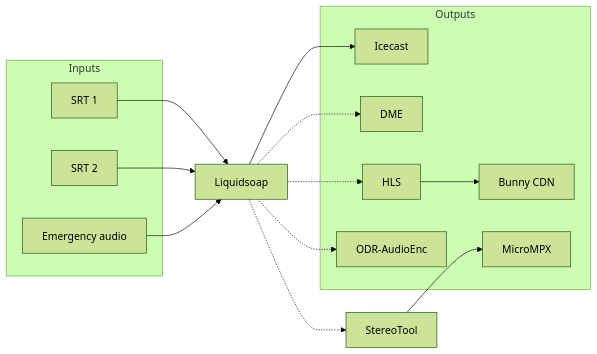
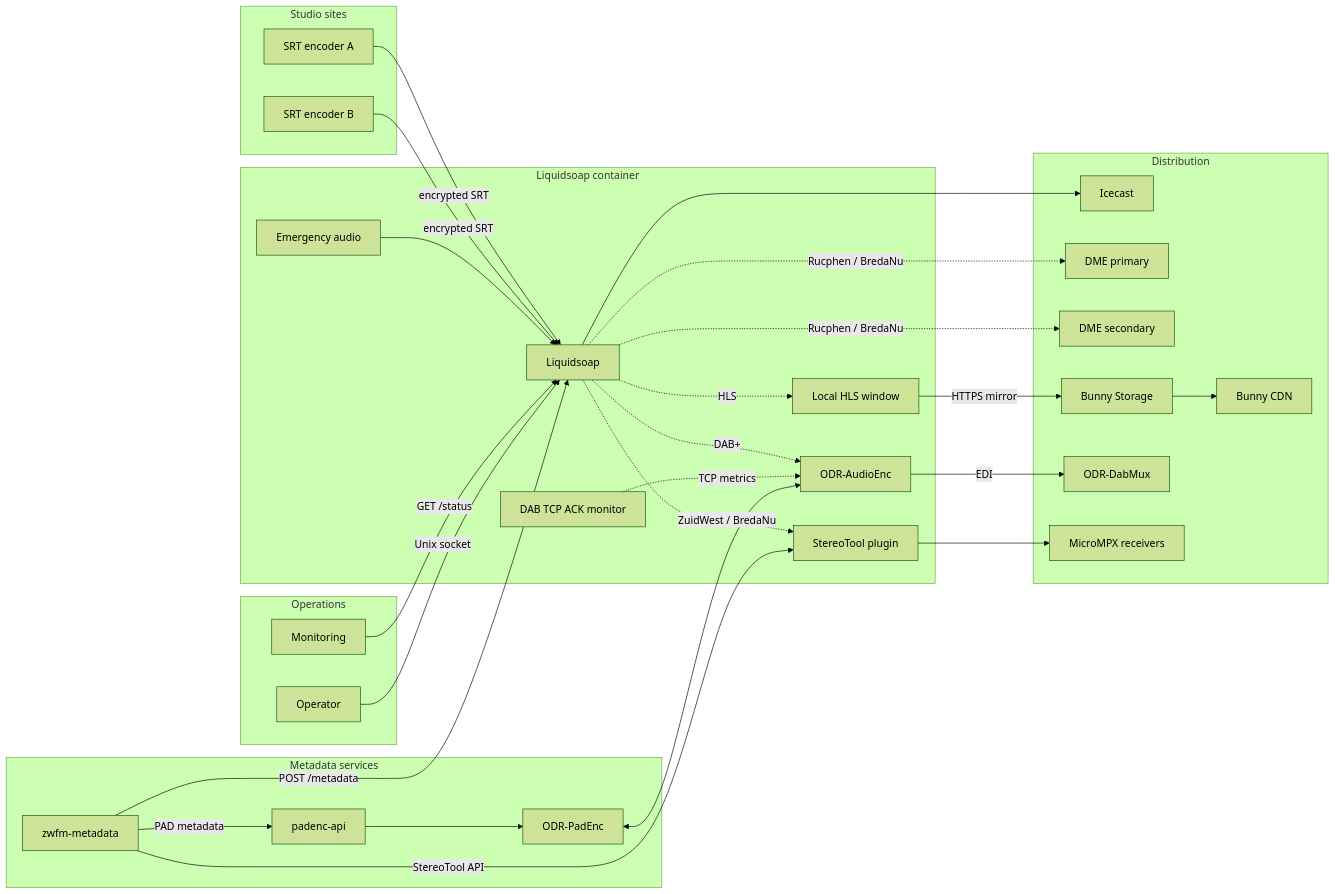
One commit to oszuidwest/zwfm-liquidsoap changed the diagram in README.md. Above: the diagram before and after it, drawn with Mermaid (forest theme). The commit also changed other lines of this file, not shown here.

Commit message:
docs: expand architecture and operations guide

````diff
--- a/README.md
+++ b/README.md
@@ -13,31 +13,59 @@
 ```mermaid
 flowchart LR
-    subgraph inputs [Inputs]
-        SRT1[SRT 1]
-        SRT2[SRT 2]
-        FALLBACK[Emergency audio]
+    subgraph studio [Studio sites]
+        ENCODER1[SRT encoder A]
+        ENCODER2[SRT encoder B]
     end
 
-    LIQUIDSOAP[Liquidsoap]
-    STEREOTOOL[StereoTool]
-
-    subgraph outputs [Outputs]
-        ICECAST[Icecast]
-        DME[DME]
-        HLS[HLS]
-        BUNNY[Bunny CDN]
-        ODR[ODR-AudioEnc]
-        MICROMPX[MicroMPX]
+    subgraph container [Liquidsoap container]
+        FALLBACK[Emergency audio]
+        LIQUIDSOAP[Liquidsoap]
+        HLSFILES[Local HLS window]
+        STEREOTOOL[StereoTool plugin]
+        AUDIOENC[ODR-AudioEnc]
+        ACKMON[DAB TCP ACK monitor]
     end
 
-    SRT1 --> LIQUIDSOAP
-    SRT2 --> LIQUIDSOAP
+    subgraph distribution [Distribution]
+        ICECAST[Icecast]
+        DME1[DME primary]
+        DME2[DME secondary]
+        STORAGE[Bunny Storage]
+        BUNNY[Bunny CDN]
+        DABMUX[ODR-DabMux]
+        MICROMPX[MicroMPX receivers]
+    end
+
+    subgraph metadata [Metadata services]
+        ZWFM[zwfm-metadata]
+        PADAPI[padenc-api]
+        PADENC[ODR-PadEnc]
+    end
+
+    subgraph operations [Operations]
+        MONITOR[Monitoring]
+        OPERATOR[Operator]
+    end
+
+    ENCODER1 -->|encrypted SRT| LIQUIDSOAP
+    ENCODER2 -->|encrypted SRT| LIQUIDSOAP
     FALLBACK --> LIQUIDSOAP
     LIQUIDSOAP --> ICECAST
-    LIQUIDSOAP -.-> DME
-    LIQUIDSOAP -.-> HLS
-    HLS --> BUNNY
-    LIQUIDSOAP -.-> ODR
-    LIQUIDSOAP -.-> STEREOTOOL
+    LIQUIDSOAP -. Rucphen / BredaNu .-> DME1
+    LIQUIDSOAP -. Rucphen / BredaNu .-> DME2
+    LIQUIDSOAP -. HLS .-> HLSFILES
+    HLSFILES -->|HTTPS mirror| STORAGE
+    STORAGE --> BUNNY
+    LIQUIDSOAP -. DAB+ .-> AUDIOENC
+    AUDIOENC -->|EDI| DABMUX
+    ACKMON -. TCP metrics .-> AUDIOENC
+    LIQUIDSOAP -. ZuidWest / BredaNu .-> STEREOTOOL
     STEREOTOOL --> MICROMPX
+    ZWFM -->|POST /metadata| LIQUIDSOAP
+    ZWFM -->|PAD metadata| PADAPI
+    PADAPI --> PADENC
+    PADENC <--> AUDIOENC
+    ZWFM -->|StereoTool API| STEREOTOOL
+    MONITOR -->|GET /status| LIQUIDSOAP
+    OPERATOR -->|Unix socket| LIQUIDSOAP
 ```
````
